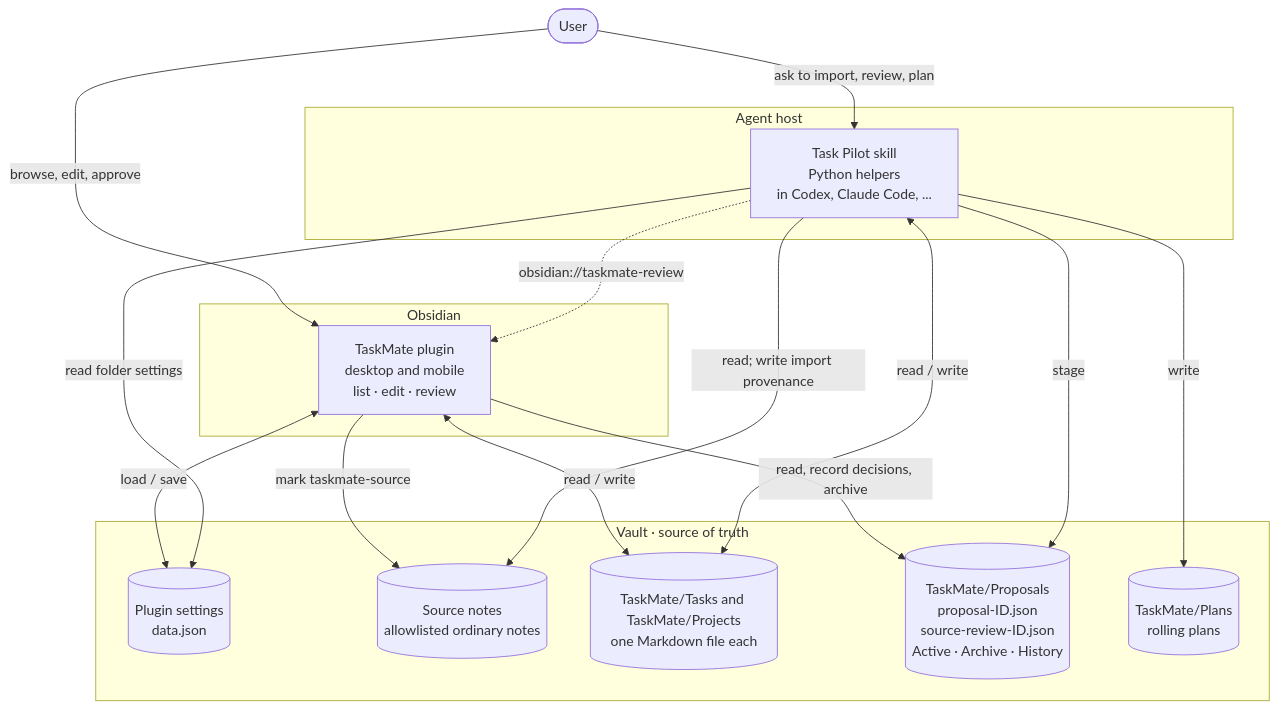
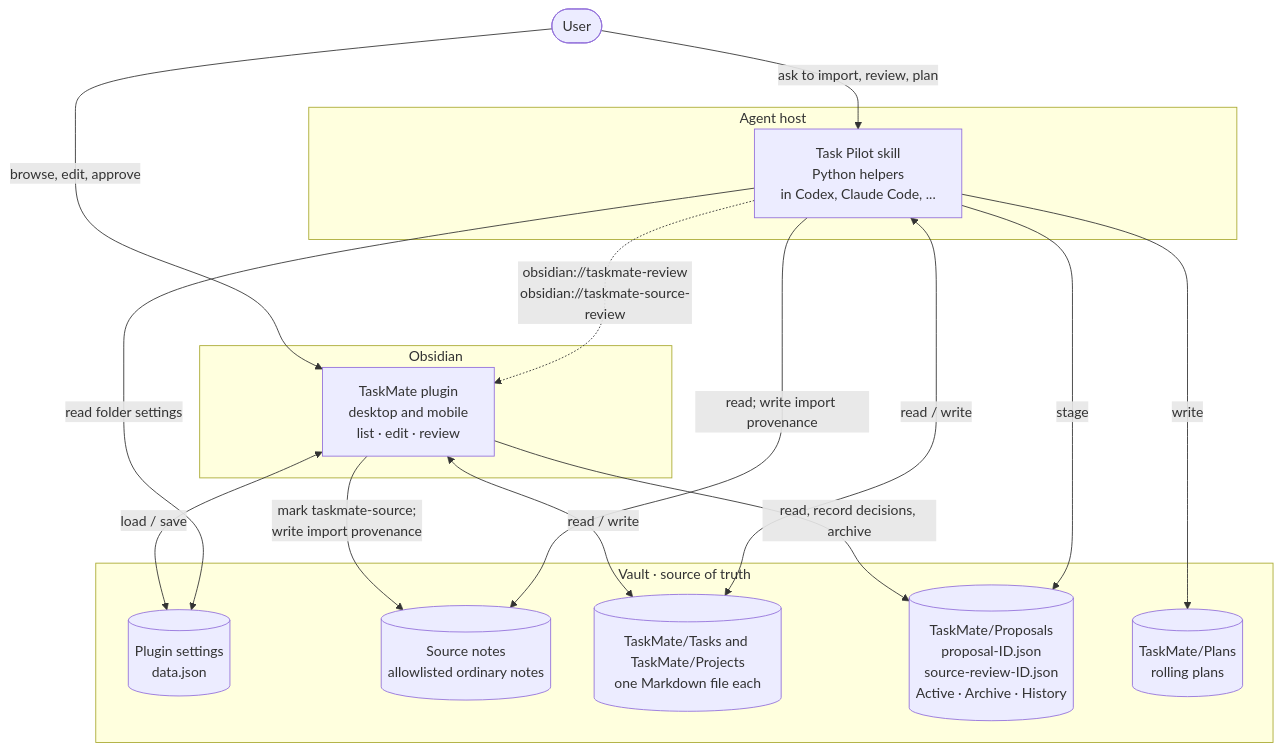
The first of 9 diagrams in docs/engineering/design/system-overview.md (tempu-village/taskmate), drawn with Mermaid before and after one commit. The commit also changed other lines of this file and 20 other files, not shown here.

First line of the commit message:
Add candidate editing to the Source candidate review

````diff
--- a/docs/engineering/design/system-overview.md
+++ b/docs/engineering/design/system-overview.md
@@ -16,35 +16,35 @@
 ```mermaid
 flowchart TB
   user(["User"])
 
   subgraph obsidian["Obsidian"]
     plugin["TaskMate plugin<br/>desktop and mobile<br/>list · edit · review"]
   end
 
   subgraph host["Agent host"]
     helpers["Task Pilot skill<br/>Python helpers<br/>in Codex, Claude Code, ..."]
   end
 
   subgraph vault["Vault · source of truth"]
     settings[("Plugin settings<br/>data.json")]
     sources[("Source notes<br/>allowlisted ordinary notes")]
     canonical[("TaskMate/Tasks and TaskMate/Projects<br/>one Markdown file each")]
     proposals[("TaskMate/Proposals<br/>proposal-ID.json<br/>source-review-ID.json<br/>Active · Archive · History")]
     plans[("TaskMate/Plans<br/>rolling plans")]
   end
 
   user -->|"browse, edit, approve"| plugin
   user -->|"ask to import, review, plan"| helpers
-  helpers -.->|"obsidian://taskmate-review"| plugin
+  helpers -.->|"obsidian://taskmate-review<br/>obsidian://taskmate-source-review"| plugin
 
   plugin <-->|"load / save"| settings
-  plugin -->|"mark taskmate-source"| sources
+  plugin -->|"mark taskmate-source;<br/>write import provenance"| sources
   plugin <-->|"read / write"| canonical
   plugin -->|"read, record decisions, archive"| proposals
 
   helpers -->|"read folder settings"| settings
   helpers -->|"read; write import provenance"| sources
   helpers <-->|"read / write"| canonical
   helpers -->|"stage"| proposals
   helpers -->|"write"| plans
 ```
````
